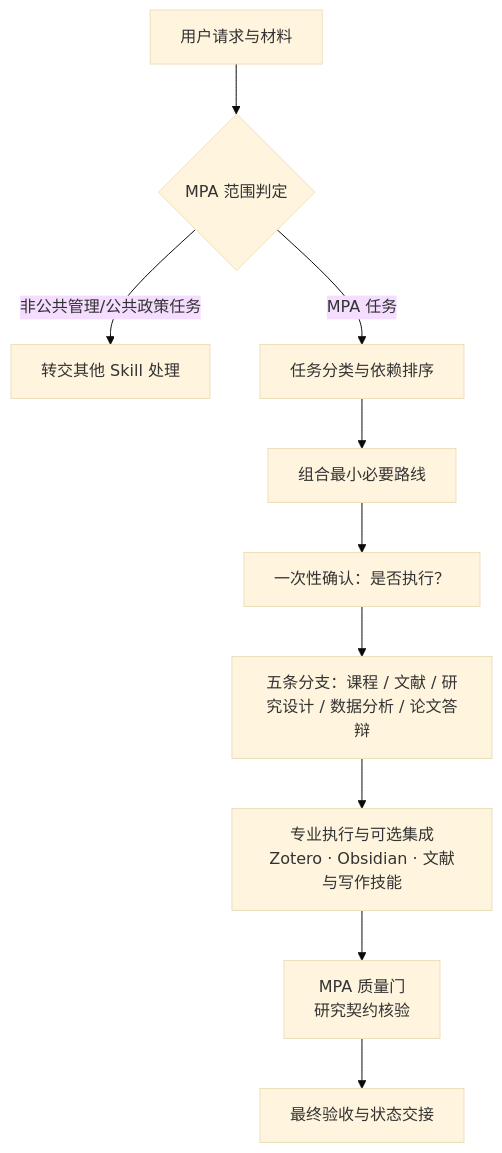
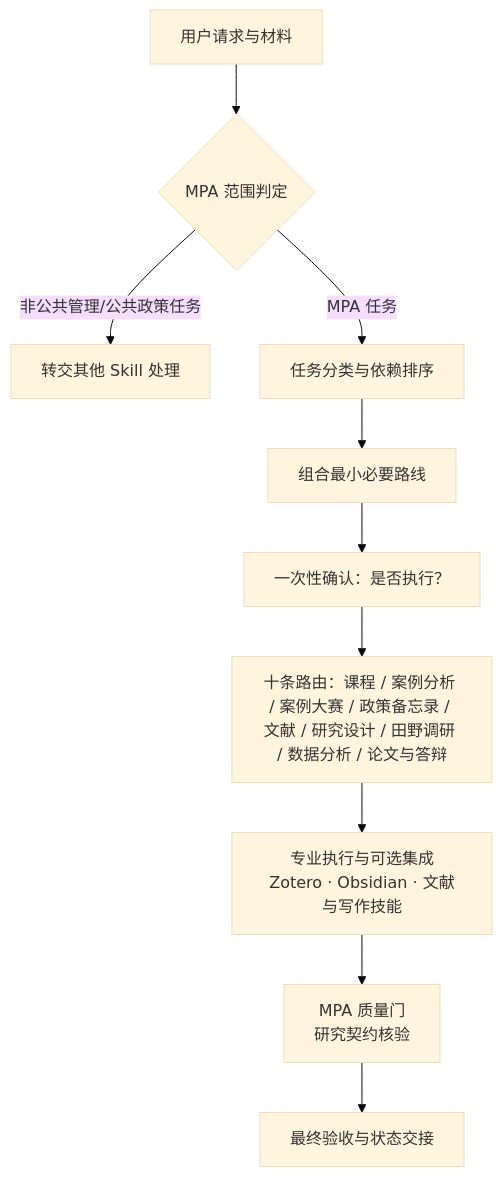
The diagram in README.md (mucjustin/mpa-skill), drawn with Mermaid (base theme) before and after one commit. The commit also changed other lines of this file and 5 other files, not shown here.

Commit message:
docs: normalize wording and fix outdated five-branch architecture diagram (v2.2.1)

````diff
--- a/README.md
+++ b/README.md
@@ -155,12 +155,12 @@
 ```mermaid
 flowchart TD
     A[用户请求与材料] --> B{MPA 范围判定}
     B -- 非公共管理/公共政策任务 --> C[转交其他 Skill 处理]
     B -- MPA 任务 --> D[任务分类与依赖排序]
     D --> E[组合最小必要路线]
     E --> F[一次性确认：是否执行？]
-    F --> G[五条分支：课程 / 文献 / 研究设计 / 数据分析 / 论文答辩]
+    F --> G[十条路由：课程 / 案例分析 / 案例大赛 / 政策备忘录 / 文献 / 研究设计 / 田野调研 / 数据分析 / 论文与答辩]
     G --> H[专业执行与可选集成<br/>Zotero · Obsidian · 文献与写作技能]
     H --> I[MPA 质量门<br/>研究契约核验]
     I --> J[最终验收与状态交接]
 ```
````
